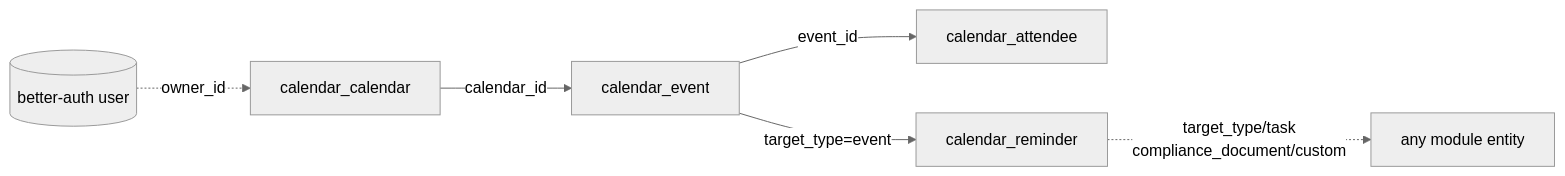
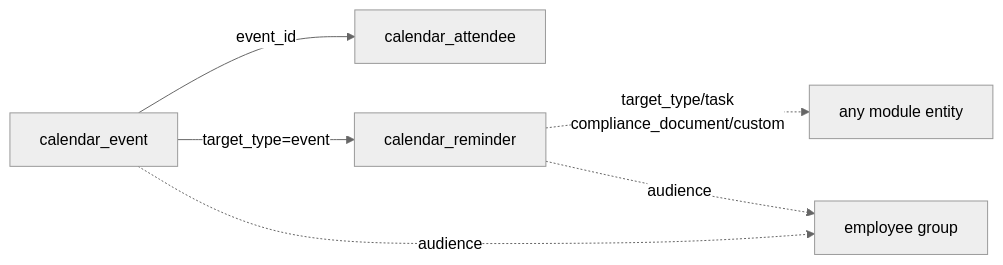
The second of 2 diagrams in packages/calendar/docs/overview.mdx (AdityaBorkar/aspen-os), drawn with Mermaid (neutral theme) before and after one commit. The commit also changed other lines of this file and 53 other files, not shown here.

````diff
--- a/packages/calendar/docs/overview.mdx
+++ b/packages/calendar/docs/overview.mdx
@@ -101,8 +102,8 @@
 ```mermaid
 flowchart LR
-  user[(better-auth user)] -. owner_id .-> C[calendar_calendar]
-  C -->|calendar_id| E[calendar_event]
-  E -->|event_id| A[calendar_attendee]
+  E[calendar_event] -->|event_id| A[calendar_attendee]
   E -->|target_type=event| R[calendar_reminder]
   R -. target_type/task<br/>compliance_document/custom .-> EXTERNAL[any module entity]
+  R -. audience .-> GROUP[employee group]
+  E -. audience .-> GROUP
 ```
````
